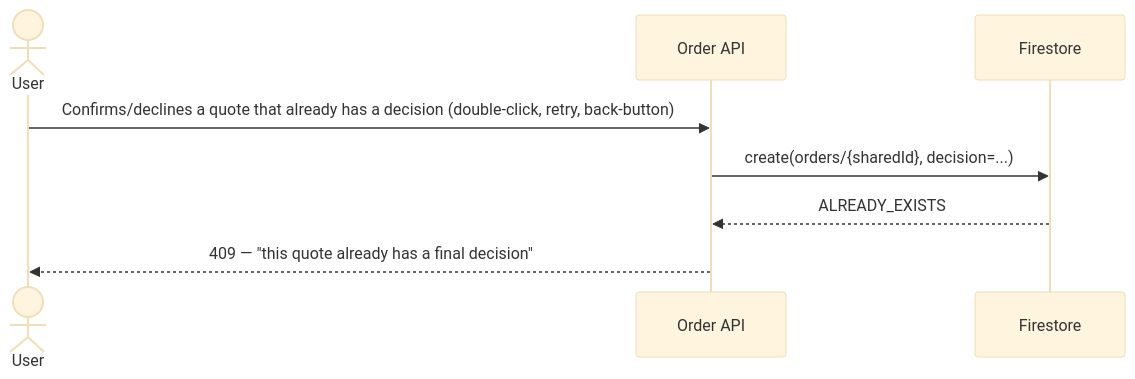
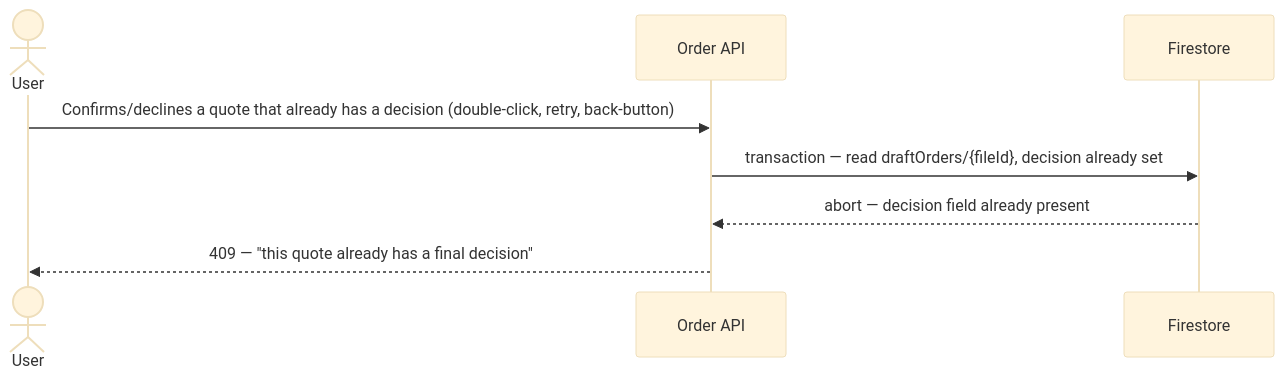
Before and after one commit to yahacom/print-marketplace: the sixth of 8 diagrams in docs/features/order-confirmation/sad.md, drawn with Mermaid (base theme). The commit also changed other lines of this file and 7 other files, not shown here.

````diff
--- a/docs/features/order-confirmation/sad.md
+++ b/docs/features/order-confirmation/sad.md
@@ -186,10 +203,10 @@
 ```mermaid
 sequenceDiagram
     actor User
     participant API as Order API
     participant FS as Firestore
     User->>API: Confirms/declines a quote that already has a decision (double-click, retry, back-button)
-    API->>FS: create(orders/{sharedId}, decision=...)
-    FS-->>API: ALREADY_EXISTS
+    API->>FS: transaction — read draftOrders/{fileId}, decision already set
+    FS-->>API: abort — decision field already present
     API-->>User: 409 — "this quote already has a final decision"
 ```
````
